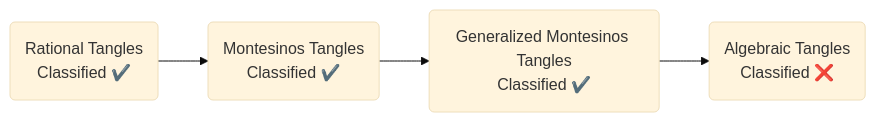
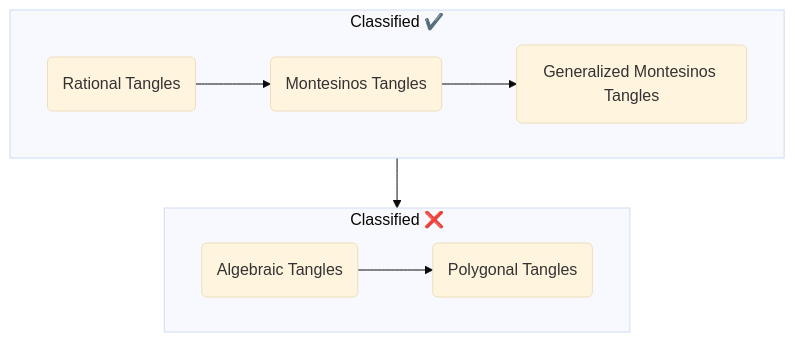
The first of 2 diagrams in content/slides/Lightning.md (Joecstarr/joe-starr.com), drawn with Mermaid (base theme) before and after one commit. The commit also changed other lines of this file and 1 other file, not shown here.

Commit message:
three slides, three slides, three slides. three slides, and that's it

````diff
--- a/content/slides/Lightning.md
+++ b/content/slides/Lightning.md
@@ -44,8 +35,19 @@
 ```mermaid
-flowchart LR
-    R("Rational Tangles\nClassified ✔️")
-    M("Montesinos Tangles\nClassified ✔️")
-    G("Generalized Montesinos Tangles\nClassified ✔️")
-    A("Algebraic Tangles\nClassified ❌")
-    R-->M-->G-->A
+flowchart TD
+R("Rational Tangles")
+M("Montesinos Tangles")
+G("Generalized Montesinos Tangles")
+A("Algebraic Tangles")
+P("Polygonal Tangles")
+
+subgraph C["Classified ✔️"]
+direction LR
+  R --> M --> G
+end
+
+subgraph NC["Classified ❌"]
+direction LR
+    A --> P
+end
+C --> NC
 ```
````
